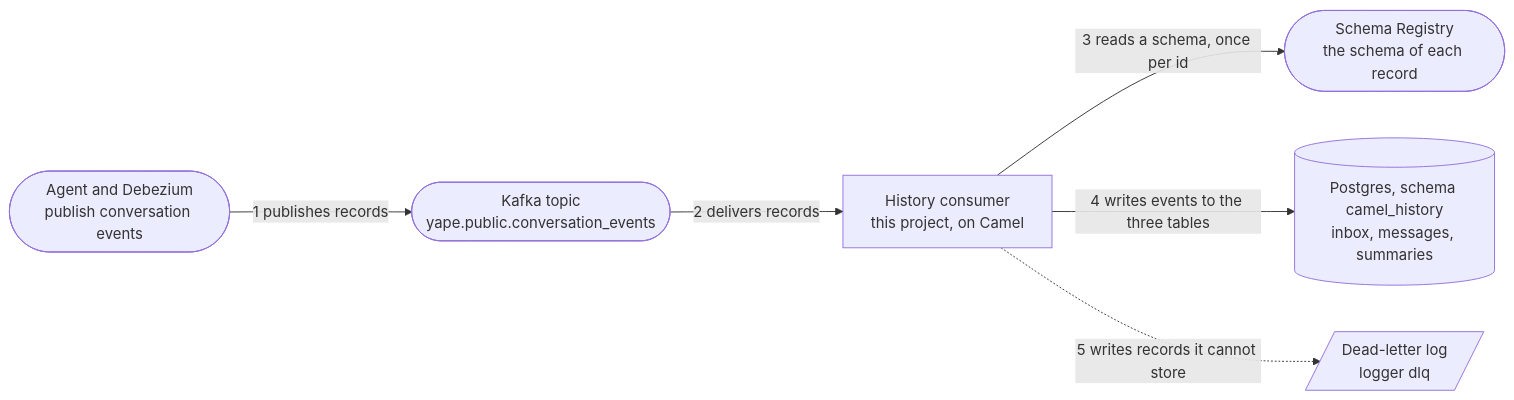
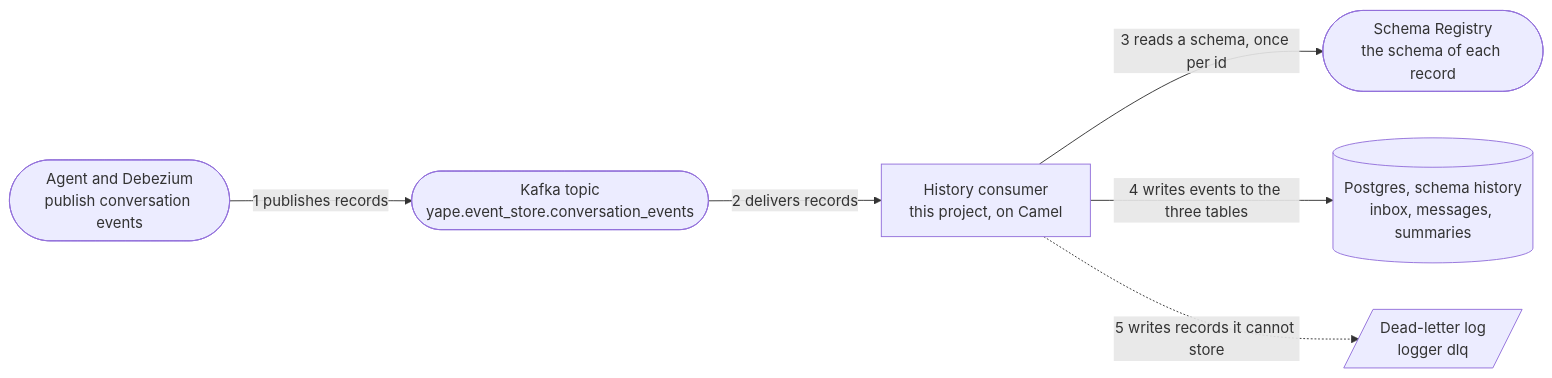
The first of 5 diagrams in docs/design.md (m-almeida-p/ms-ml-conv-history-consumer), drawn with Mermaid before and after one commit. The commit also changed other lines of this file and 9 other files, not shown here.

First line of the commit message:
Point the consumer at the schema history and the topic yape.event_store.conversation_events

````diff
--- a/docs/design.md
+++ b/docs/design.md
@@ -37,15 +37,15 @@
 ```mermaid
 flowchart LR
     producer(["Agent and Debezium<br/>publish conversation events"])
-    topic(["Kafka topic<br/>yape.public.conversation_events"])
+    topic(["Kafka topic<br/>yape.event_store.conversation_events"])
     consumer["History consumer<br/>this project, on Camel"]
     registry(["Schema Registry<br/>the schema of each record"])
-    db[("Postgres, schema camel_history<br/>inbox, messages, summaries")]
+    db[("Postgres, schema history<br/>inbox, messages, summaries")]
     dlq[/"Dead-letter log<br/>logger dlq"/]
 
     producer -- "1 publishes records" --> topic
     topic -- "2 delivers records" --> consumer
     consumer -- "3 reads a schema, once per id" --> registry
     consumer -- "4 writes events to the three tables" --> db
     consumer -. "5 writes records it cannot store" .-> dlq
 ```
````
